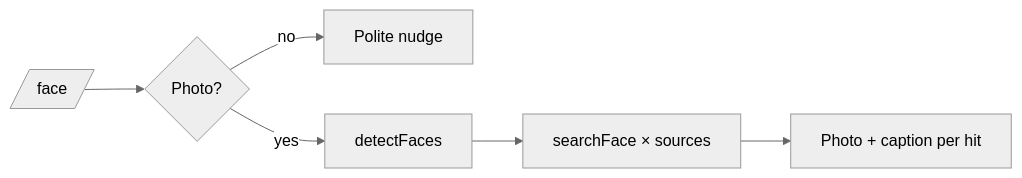
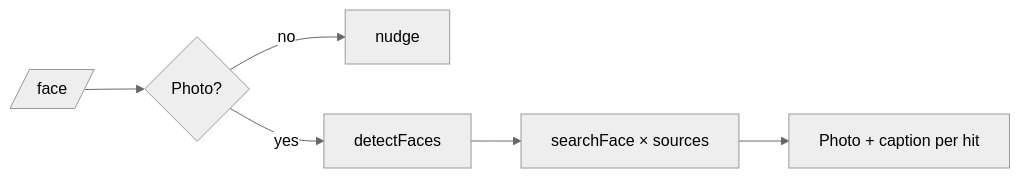
Before and after one commit to AlexRabbit/Search4Faces_Telegram: the diagram in README.md, drawn with Mermaid (neutral theme). The commit also changed other lines of this file, not shown here.

````diff
--- a/README.md
+++ b/README.md
@@ -20,8 +9,8 @@
 ```mermaid
 flowchart LR
   A[/face/] --> B{Photo?}
-  B -->|no| C[Polite nudge]
+  B -->|no| C[nudge]
   B -->|yes| D[detectFaces]
   D --> E[searchFace × sources]
   E --> F[Photo + caption per hit]
 ```
````
